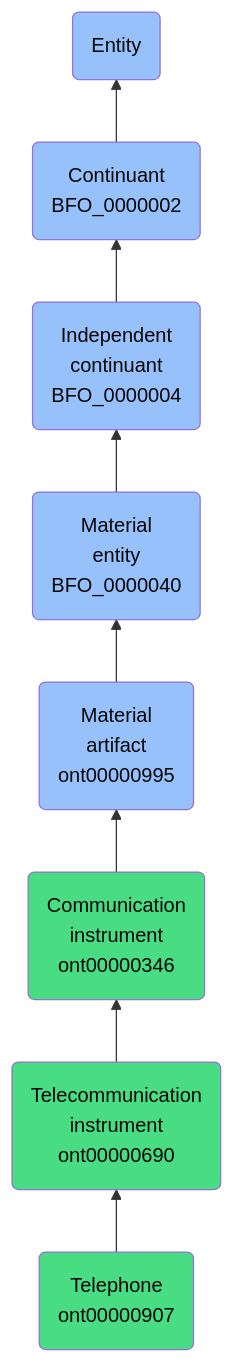
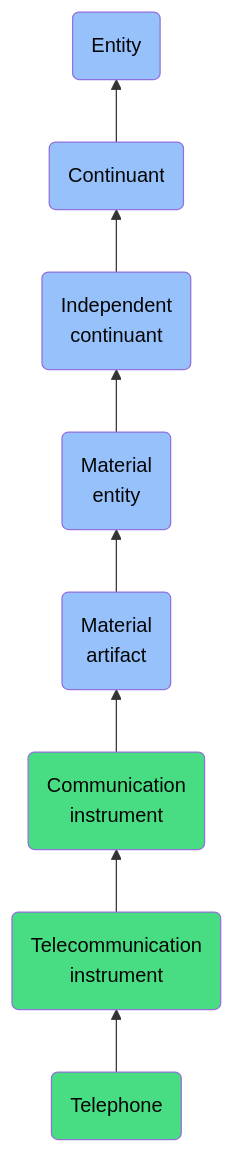
The diagram in docs/ontology/reference/model/Entity/Continuant/Independent continuant/Material entity/Material artifact/Communication instrument/Telecommunication instrument/Telephone/Telephone.md (jupyter-naas/abi), drawn with Mermaid before and after one commit. The commit also changed other lines of this file and 1430 other files, not shown here.

````diff
--- a/docs/ontology/reference/model/Entity/Continuant/Independent continuant/Material entity/Material artifact/Communication instrument/Telecommunication instrument/Telephone/Telephone.md
+++ b/docs/ontology/reference/model/Entity/Continuant/Independent continuant/Material entity/Material artifact/Communication instrument/Telecommunication instrument/Telephone/Telephone.md
@@ -24,15 +24,15 @@
 ```mermaid
 graph BT
-    ont00000907(Telephone<br>ont00000907):::ABI-->ont00000690
-    ont00000690(Telecommunication<br>instrument<br>ont00000690):::ABI-->ont00000346
-    ont00000346(Communication<br>instrument<br>ont00000346):::ABI-->ont00000995
-    ont00000995(Material<br>artifact<br>ont00000995):::BFO-->BFO_0000040
-    BFO_0000040(Material<br>entity<br>BFO_0000040):::BFO-->BFO_0000004
-    BFO_0000004(Independent<br>continuant<br>BFO_0000004):::BFO-->BFO_0000002
-    BFO_0000002(Continuant<br>BFO_0000002):::BFO-->BFO_0000001
+    ont00000907(Telephone):::ABI-->ont00000690
+    ont00000690(Telecommunication<br>instrument):::ABI-->ont00000346
+    ont00000346(Communication<br>instrument):::ABI-->ont00000995
+    ont00000995(Material<br>artifact):::BFO-->BFO_0000040
+    BFO_0000040(Material<br>entity):::BFO-->BFO_0000004
+    BFO_0000004(Independent<br>continuant):::BFO-->BFO_0000002
+    BFO_0000002(Continuant):::BFO-->BFO_0000001
     BFO_0000001(Entity):::BFO
     
     classDef BFO fill:#97c1fb,color:#060606
     classDef CCO fill:#e4c51e,color:#060606
     classDef ABI fill:#48DD82,color:#060606
 ```
````
